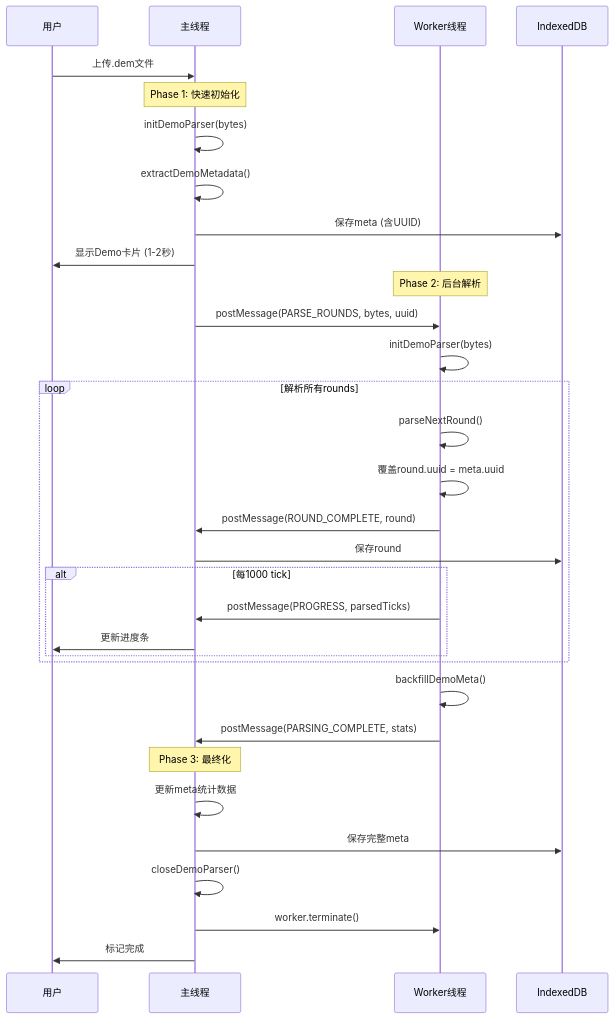
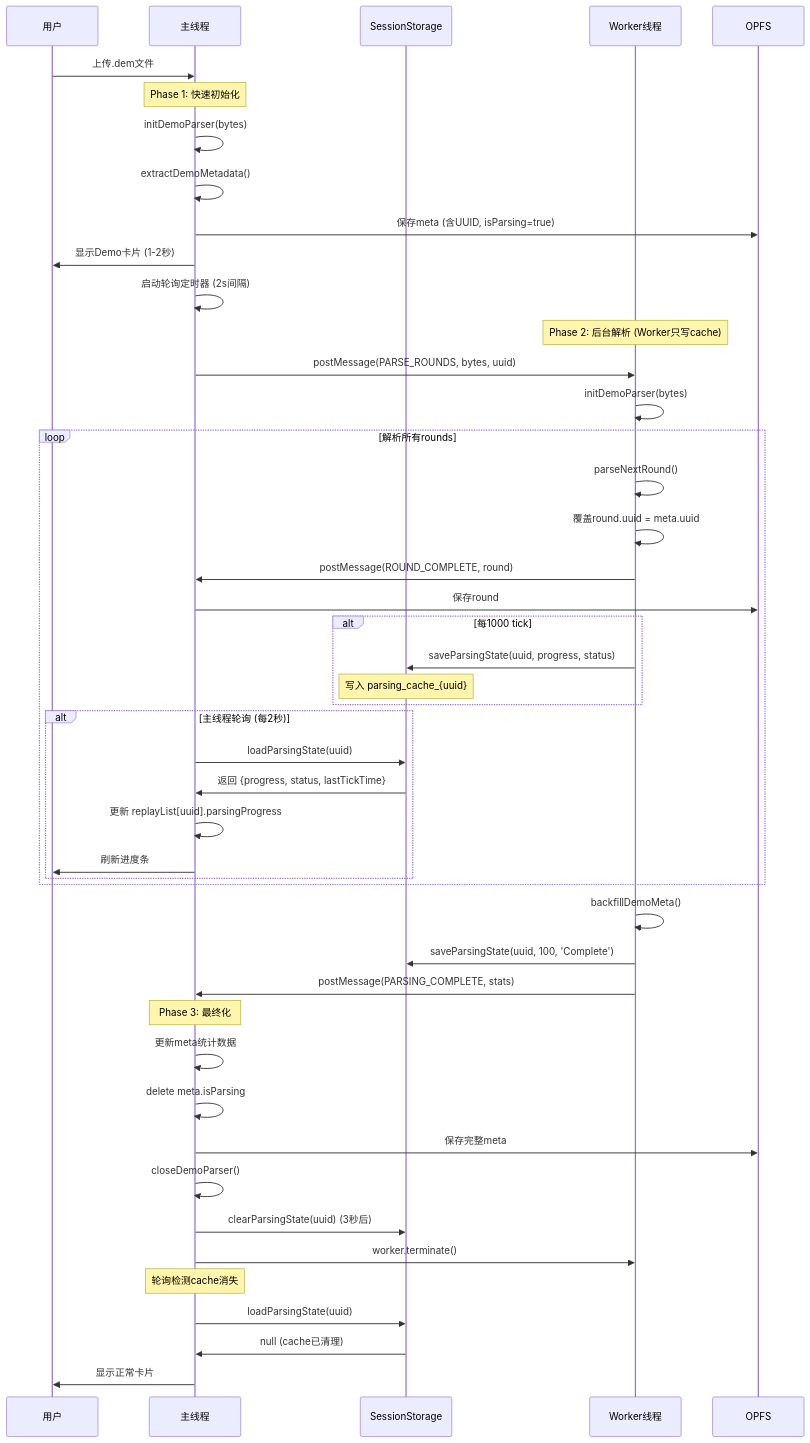
Before and after one commit to bugkingZHT/cs2-sandbox: the diagram in frontend/src/workers/README.md, drawn with Mermaid. The commit also changed other lines of this file and 9 other files, not shown here.

````diff
--- a/frontend/src/workers/README.md
+++ b/frontend/src/workers/README.md
@@ -14,41 +46,57 @@
 ```mermaid
 sequenceDiagram
     participant U as 用户
     participant M as 主线程
+    participant C as SessionStorage
     participant W as Worker线程
-    participant DB as IndexedDB
+    participant DB as OPFS
     
     U->>M: 上传.dem文件
     
     Note over M: Phase 1: 快速初始化
     M->>M: initDemoParser(bytes)
     M->>M: extractDemoMetadata()
-    M->>DB: 保存meta (含UUID)
+    M->>DB: 保存meta (含UUID, isParsing=true)
     M->>U: 显示Demo卡片 (1-2秒)
+    M->>M: 启动轮询定时器 (2s间隔)
     
-    Note over W: Phase 2: 后台解析
+    Note over W: Phase 2: 后台解析 (Worker只写cache)
     M->>W: postMessage(PARSE_ROUNDS, bytes, uuid)
     W->>W: initDemoParser(bytes)
     
     loop 解析所有rounds
         W->>W: parseNextRound()
         W->>W: 覆盖round.uuid = meta.uuid
         W->>M: postMessage(ROUND_COMPLETE, round)
         M->>DB: 保存round
         
         alt 每1000 tick
-            W->>M: postMessage(PROGRESS, parsedTicks)
-            M->>U: 更新进度条
+            W->>C: saveParsingState(uuid, progress, status)
+            Note over C: 写入 parsing_cache_{uuid}
+        end
+        
+        alt 主线程轮询 (每2秒)
+            M->>C: loadParsingState(uuid)
+            C->>M: 返回 {progress, status, lastTickTime}
+            M->>M: 更新 replayList[uuid].parsingProgress
+            M->>U: 刷新进度条
         end
     end
     
     W->>W: backfillDemoMeta()
+    W->>C: saveParsingState(uuid, 100, 'Complete')
     W->>M: postMessage(PARSING_COMPLETE, stats)
     
     Note over M: Phase 3: 最终化
     M->>M: 更新meta统计数据
+    M->>M: delete meta.isParsing
     M->>DB: 保存完整meta
     M->>M: closeDemoParser()
+    M->>C: clearParsingState(uuid) (3秒后)
     M->>W: worker.terminate()
-    M->>U: 标记完成
+    
+    Note over M: 轮询检测cache消失
+    M->>C: loadParsingState(uuid)
+    C->>M: null (cache已清理)
+    M->>U: 显示正常卡片
 ```
````
